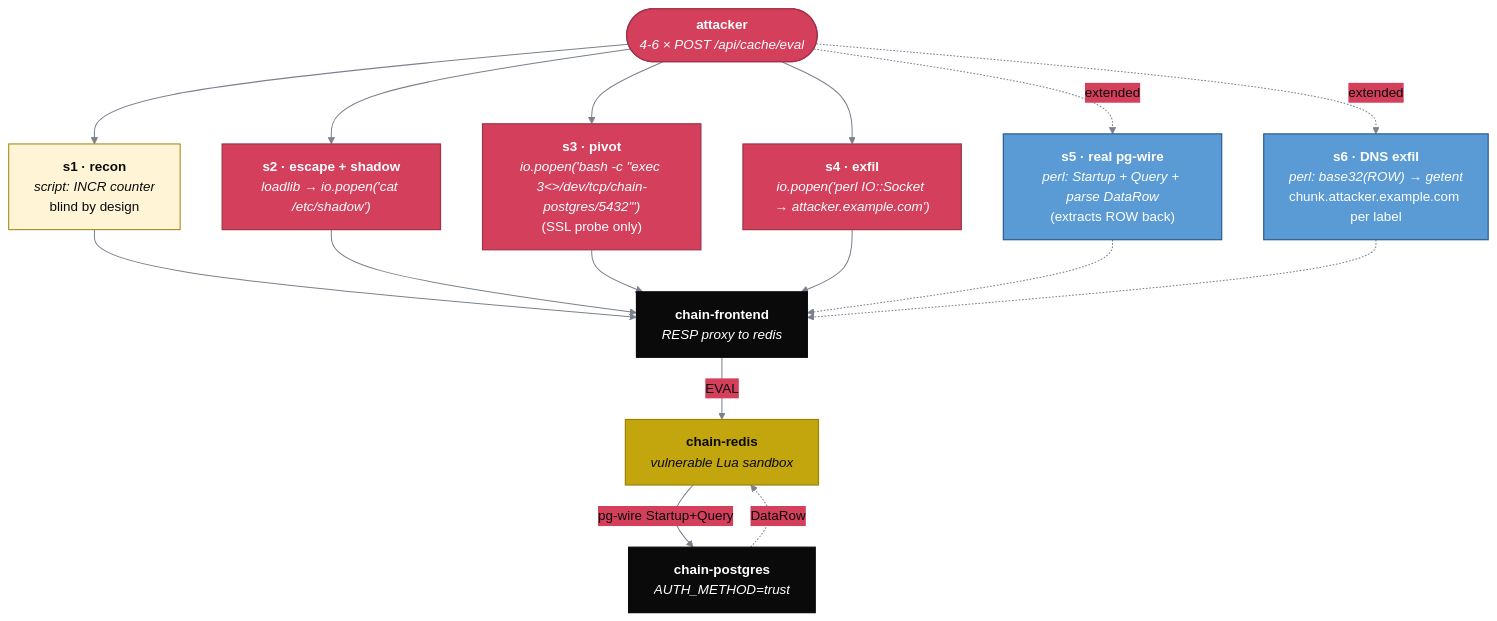
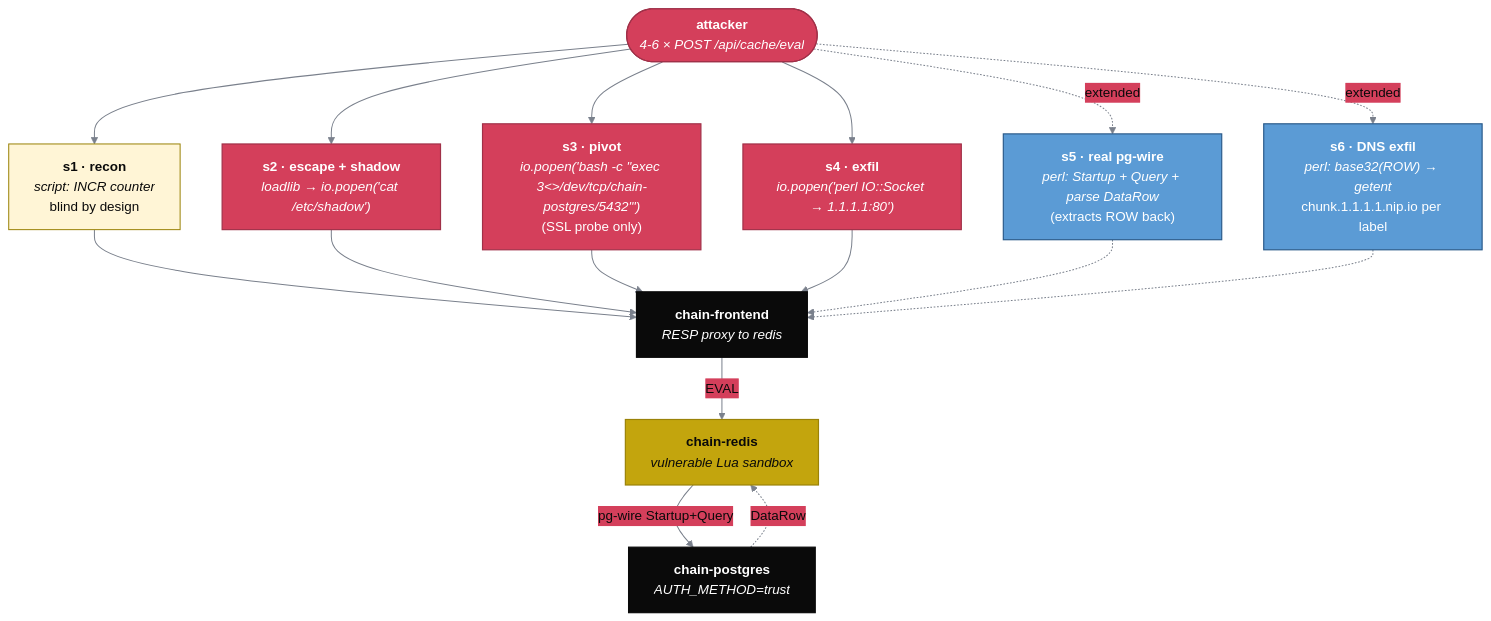
The third of 10 diagrams in example/chain/diagrams.md (k8sstormcenter/bob), drawn with Mermaid before and after one commit. The commit also changed other lines of this file and 4 other files, not shown here.

````diff
--- a/example/chain/diagrams.md
+++ b/example/chain/diagrams.md
@@ -93,34 +93,34 @@
 ```mermaid
 %%{init: {"theme":"base","themeVariables":{"primaryColor":"#C3A50D","primaryTextColor":"#0a0a0a","primaryBorderColor":"#9a8208","lineColor":"#0a0a0a","secondaryColor":"#D43F5B","tertiaryColor":"#fff5d6"}}}%%
 flowchart TB
   classDef ref   fill:#C3A50D,stroke:#9a8208,color:#0a0a0a,stroke-width:1.4px
   classDef live  fill:#0a0a0a,stroke:#0a0a0a,color:#fff,stroke-width:1.4px
   classDef cmp   fill:#fff5d6,stroke:#9a8208,color:#0a0a0a,stroke-width:1.2px
   classDef warn  fill:#D43F5B,stroke:#a03048,color:#fff,stroke-width:1.4px
   classDef ext   fill:#5b9bd5,stroke:#2a5a8a,color:#fff,stroke-width:1.4px
 
   atk(["<b>attacker</b><br/><i>4-6 × POST /api/cache/eval</i>"]):::warn
 
   s1["<b>s1 · recon</b><br/><i>script: INCR counter</i><br/>blind by design"]:::cmp
   s2["<b>s2 · escape + shadow</b><br/><i>loadlib → io.popen('cat /etc/shadow')</i>"]:::warn
   s3["<b>s3 · pivot</b><br/><i>io.popen('bash -c &quot;exec 3&lt;&gt;/dev/tcp/chain-postgres/5432&quot;')</i><br/>(SSL probe only)"]:::warn
-  s4["<b>s4 · exfil</b><br/><i>io.popen('perl IO::Socket → attacker.example.com')</i>"]:::warn
+  s4["<b>s4 · exfil</b><br/><i>io.popen('perl IO::Socket → 1.1.1.1:80')</i>"]:::warn
   s5["<b>s5 · real pg-wire</b><br/><i>perl: Startup + Query + parse DataRow</i><br/>(extracts ROW back)"]:::ext
-  s6["<b>s6 · DNS exfil</b><br/><i>perl: base32(ROW) → getent</i><br/>chunk.attacker.example.com per label"]:::ext
+  s6["<b>s6 · DNS exfil</b><br/><i>perl: base32(ROW) → getent</i><br/>chunk.1.1.1.1.nip.io per label"]:::ext
 
   fe["<b>chain-frontend</b><br/><i>RESP proxy to redis</i>"]:::live
   rd["<b>chain-redis</b><br/><i>vulnerable Lua sandbox</i>"]:::ref
   pg["<b>chain-postgres</b><br/><i>AUTH_METHOD=trust</i>"]:::live
 
   atk --> s1 --> fe
   atk --> s2 --> fe
   atk --> s3 --> fe
   atk --> s4 --> fe
   atk -. extended .-> s5 -.-> fe
   atk -. extended .-> s6 -.-> fe
   fe ==>|EVAL| rd
   rd ==>|pg-wire Startup+Query| pg
   pg -. DataRow .-> rd
 
   linkStyle default stroke:#7a808c,stroke-width:1.2px
 ```
````
